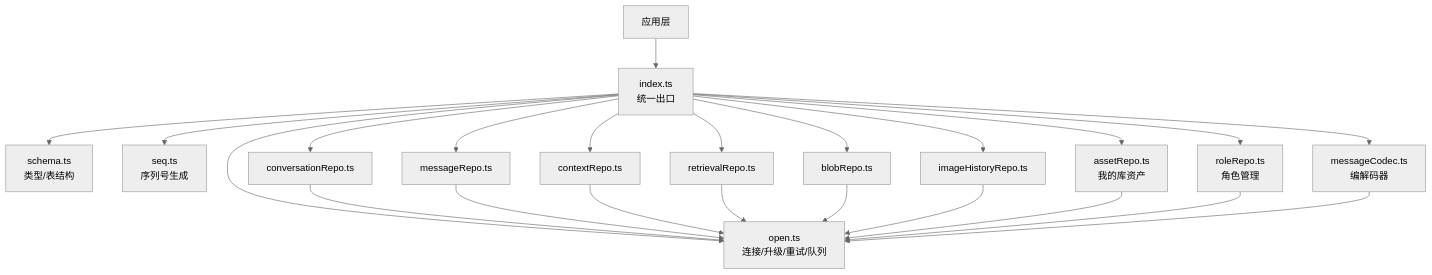
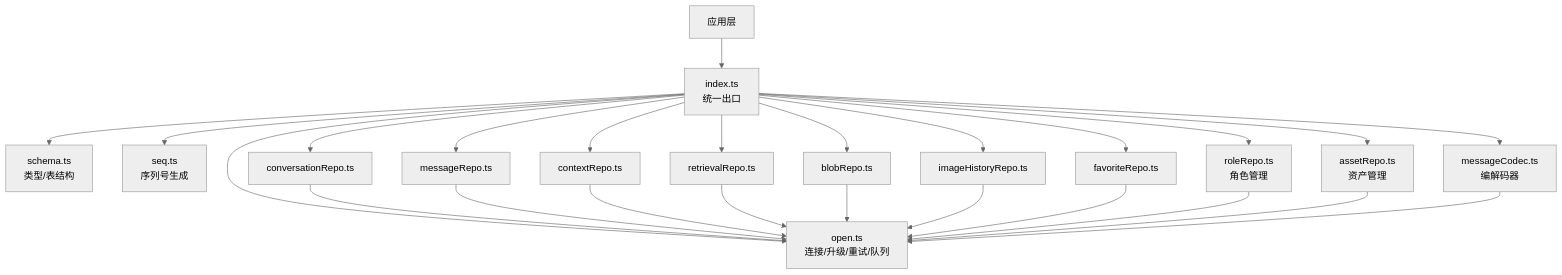
The first of 14 diagrams in .qoder/repowiki/zh/content/数据持久化/数据库层/数据库层.md (billye220670/AIShop), drawn with Mermaid (neutral theme) before and after one commit. The commit also changed other lines of this file and 44 other files, not shown here.

First line of the commit message:
feat: 图片全屏查看器手势缩放 + 用户图片直出与库图片预览接入

````diff
--- a/.qoder/repowiki/zh/content/数据持久化/数据库层/数据库层.md
+++ b/.qoder/repowiki/zh/content/数据持久化/数据库层/数据库层.md
@@ -64,25 +68,27 @@
 ```mermaid
 graph TB
 A["应用层"] --> B["index.ts<br/>统一出口"]
 B --> C["open.ts<br/>连接/升级/重试/队列"]
 B --> D["schema.ts<br/>类型/表结构"]
 B --> E["seq.ts<br/>序列号生成"]
 B --> F["conversationRepo.ts"]
 B --> G["messageRepo.ts"]
 B --> H["contextRepo.ts"]
 B --> I["retrievalRepo.ts"]
 B --> J["blobRepo.ts"]
 B --> K["imageHistoryRepo.ts"]
-B --> L["assetRepo.ts<br/>我的库资产"]
+B --> L["favoriteRepo.ts"]
 B --> M["roleRepo.ts<br/>角色管理"]
-B --> N["messageCodec.ts<br/>编解码器"]
+B --> N["assetRepo.ts<br/>资产管理"]
+B --> O["messageCodec.ts<br/>编解码器"]
 F --> C
 G --> C
 H --> C
 I --> C
 J --> C
 K --> C
 L --> C
 M --> C
 N --> C
+O --> C
 ```
````
